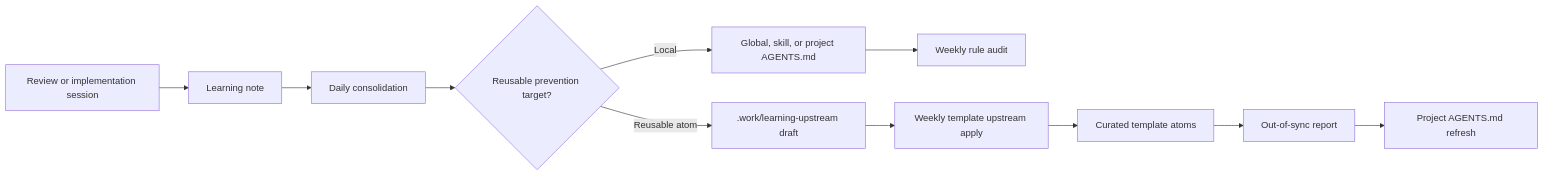
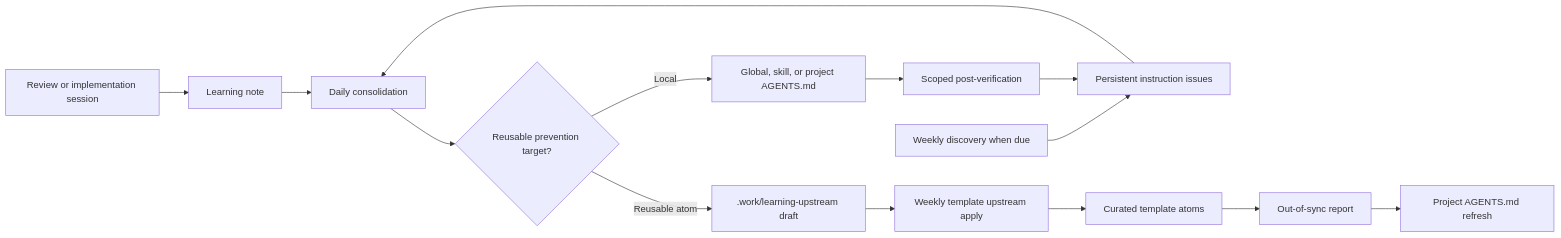
Before and after one commit to marcomc/agent-learning-system: the diagram in docs/auto-learning-pipeline-automations.md, drawn with Mermaid. The commit also changed other lines of this file and 24 other files, not shown here.

````diff
--- a/docs/auto-learning-pipeline-automations.md
+++ b/docs/auto-learning-pipeline-automations.md
@@ -37,13 +37,16 @@
 ```mermaid
 flowchart LR
   review["Review or implementation session"] --> note["Learning note"]
   note --> daily["Daily consolidation"]
+  weekly["Weekly discovery when due"] --> issues["Persistent instruction issues"]
+  issues --> daily
   daily --> route{"Reusable prevention target?"}
   route -->|Local| live["Global, skill, or project AGENTS.md"]
   route -->|Reusable atom| draft[".work/learning-upstream draft"]
-  live --> audit["Weekly rule audit"]
+  live --> audit["Scoped post-verification"]
+  audit --> issues
   draft --> template["Weekly template upstream apply"]
   template --> atoms["Curated template atoms"]
   atoms --> refresh["Out-of-sync report"]
   refresh --> projects["Project AGENTS.md refresh"]
 ```
````
